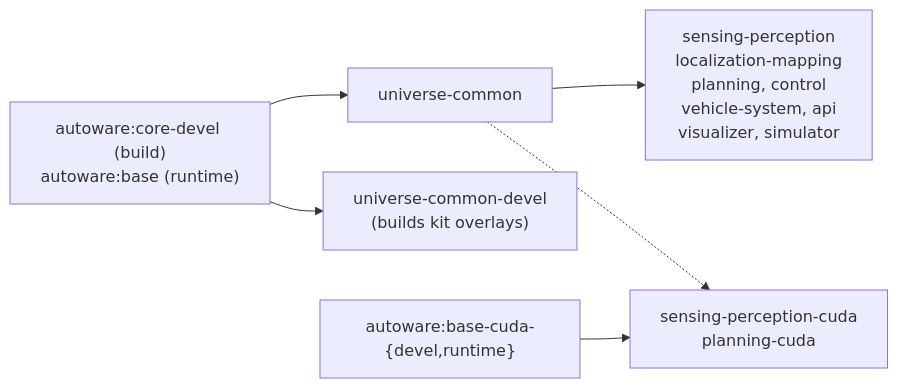
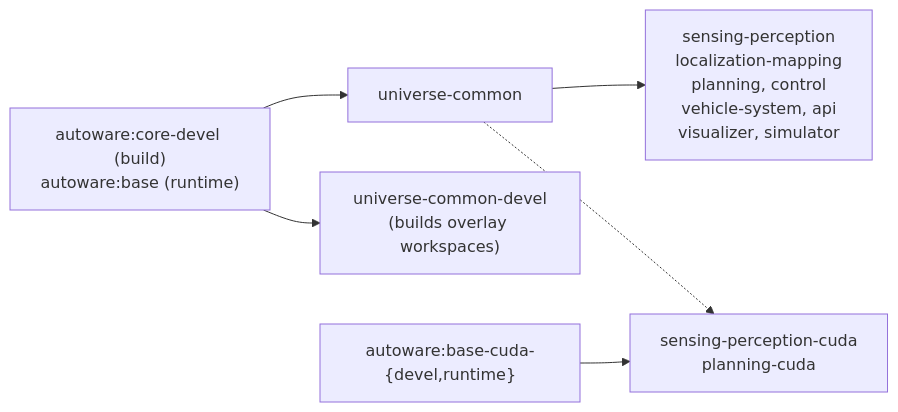
The diagram in docs/includes/build-pipeline.md (oguzkaganozt/openadkit), drawn with Mermaid before and after one commit. The commit also changed 14 other files, not shown here.

````diff
--- a/docs/includes/build-pipeline.md
+++ b/docs/includes/build-pipeline.md
@@ -1,8 +1,8 @@
 ```mermaid
 flowchart LR
     CORE["autoware:core-devel (build)<br/>autoware:base (runtime)"] --> UC["universe-common"]
-    CORE --> UCD["universe-common-devel<br/>(builds kit overlays)"]
+    CORE --> UCD["universe-common-devel<br/>(builds overlay workspaces)"]
     UC --> COMP["sensing-perception<br/>localization-mapping<br/>planning, control<br/>vehicle-system, api<br/>visualizer, simulator"]
     CUDA["autoware:base-cuda-{devel,runtime}"] --> GPU["sensing-perception-cuda<br/>planning-cuda"]
     UC -.-> GPU
 ```
````
